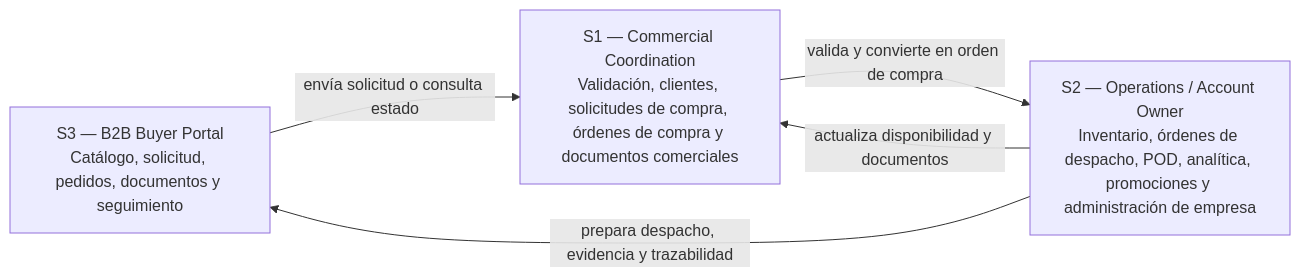
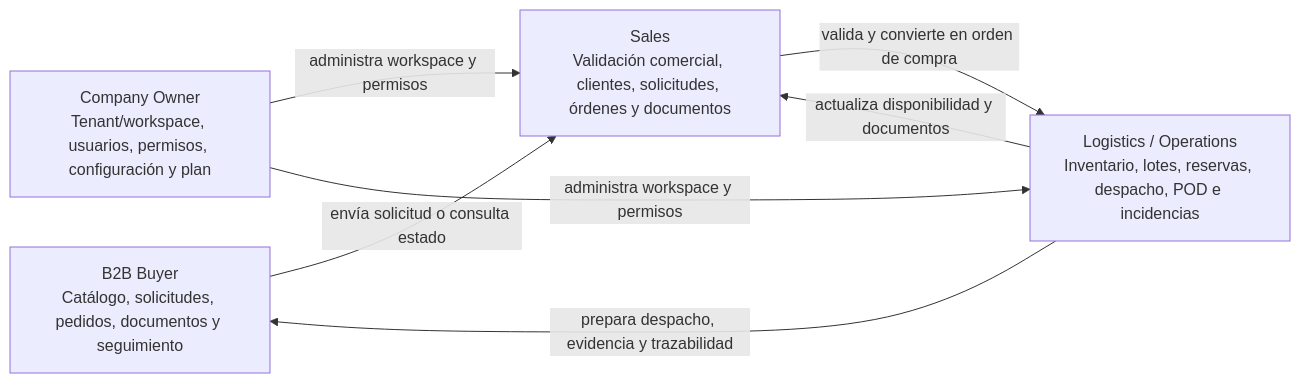
One commit to R0obxdnt-bit/nexa-ecosystem-report-v2 changed the first of 3 diagrams in report/40-chapter-4-product-design/4-2-information-architecture.md. Above: the diagram before and after it, drawn with Mermaid. The commit also changed other lines of this file, not shown here.

````diff
--- a/report/40-chapter-4-product-design/4-2-information-architecture.md
+++ b/report/40-chapter-4-product-design/4-2-information-architecture.md
@@ -7,11 +7,14 @@
 ```mermaid
 flowchart LR
-    S3["S3 — B2B Buyer Portal<br/>Catálogo, solicitud, pedidos, documentos y seguimiento"]
-    S1["S1 — Commercial Coordination<br/>Validación, clientes, solicitudes de compra, órdenes de compra y documentos comerciales"]
-    S2["S2 — Operations / Account Owner<br/>Inventario, órdenes de despacho, POD, analítica, promociones y administración de empresa"]
+    Buyer["B2B Buyer<br/>Catálogo, solicitudes, pedidos, documentos y seguimiento"]
+    Sales["Sales<br/>Validación comercial, clientes, solicitudes, órdenes y documentos"]
+    Logistics["Logistics / Operations<br/>Inventario, lotes, reservas, despacho, POD e incidencias"]
+    Owner["Company Owner<br/>Tenant/workspace, usuarios, permisos, configuración y plan"]
 
-    S3 -->|"envía solicitud o consulta estado"| S1
-    S1 -->|"valida y convierte en orden de compra"| S2
-    S2 -->|"prepara despacho, evidencia y trazabilidad"| S3
-    S2 -->|"actualiza disponibilidad y documentos"| S1
+    Buyer -->|"envía solicitud o consulta estado"| Sales
+    Sales -->|"valida y convierte en orden de compra"| Logistics
+    Logistics -->|"prepara despacho, evidencia y trazabilidad"| Buyer
+    Logistics -->|"actualiza disponibilidad y documentos"| Sales
+    Owner -->|"administra workspace y permisos"| Sales
+    Owner -->|"administra workspace y permisos"| Logistics
 ```
````
